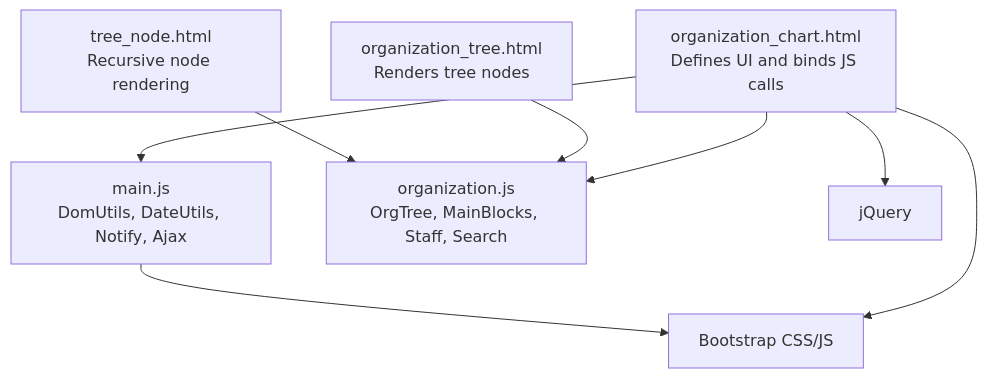
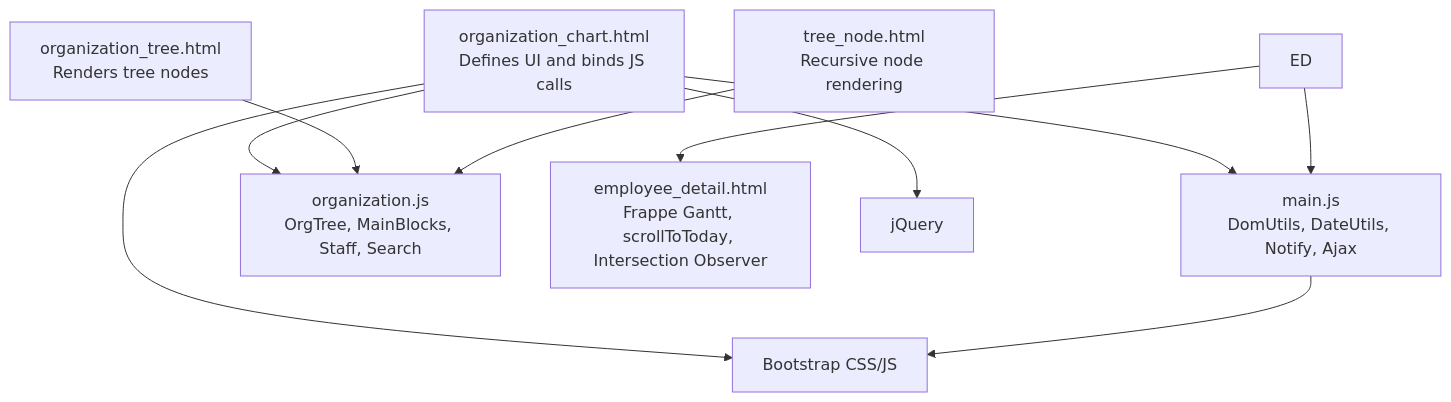
One commit to Pavel9474/task_manager changed the second of 6 diagrams in .qoder/repowiki/en/content/User Interface and Templates/JavaScript Components and Interactivity.md. Above: the diagram before and after it, drawn with Mermaid. The commit also changed other lines of this file and 11 other files, not shown here.

Commit message:
bars are added gantt correct, popup windows works

````diff
--- a/.qoder/repowiki/en/content/User Interface and Templates/JavaScript Components and Interactivity.md
+++ b/.qoder/repowiki/en/content/User Interface and Templates/JavaScript Components and Interactivity.md
@@ -103,17 +125,20 @@
 ```mermaid
 graph TB
 TPL["organization_chart.html<br/>Defines UI and binds JS calls"]
 PART_OT["organization_tree.html<br/>Renders tree nodes"]
 PART_TN["tree_node.html<br/>Recursive node rendering"]
 UTILS["main.js<br/>DomUtils, DateUtils, Notify, Ajax"]
 ORG["organization.js<br/>OrgTree, MainBlocks, Staff, Search"]
+GANTT["employee_detail.html<br/>Frappe Gantt, scrollToToday, Intersection Observer"]
 BOOT["Bootstrap CSS/JS"]
 JQ["jQuery"]
 TPL --> ORG
 TPL --> UTILS
 PART_OT --> ORG
 PART_TN --> ORG
+ED --> GANTT
+ED --> UTILS
 TPL --> BOOT
 TPL --> JQ
 UTILS --> BOOT
 ```
````
